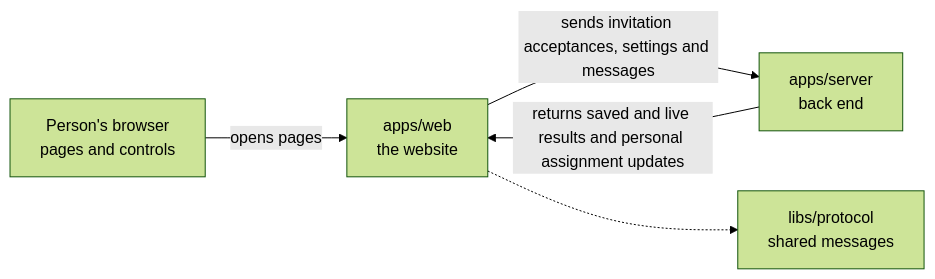
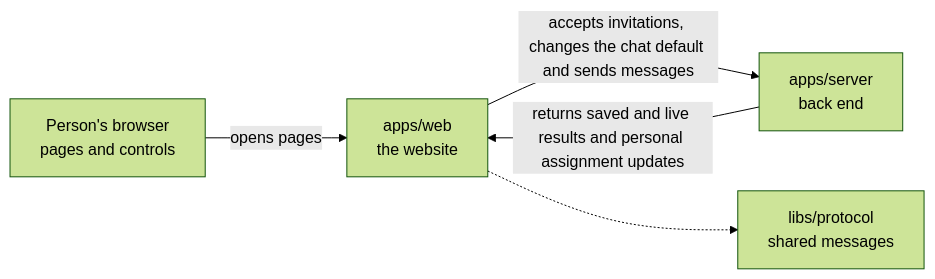
Before and after one commit to elewa-git/opencrane-new: the diagram in apps/web/README.md, drawn with Mermaid (forest theme). The commit also changed other lines of this file and 42 other files, not shown here.

First line of the commit message:
🐛 Let admins choose the chat default on any ready connection (#1192)

````diff
--- a/apps/web/README.md
+++ b/apps/web/README.md
@@ -17,7 +17,7 @@
 ```mermaid
 flowchart LR
   browser["Person's browser<br/>pages and controls"] -->|opens pages| web["apps/web<br/>the website"]
-  web -->|sends invitation acceptances, settings and messages| server["apps/server<br/>back end"]
+  web -->|accepts invitations, changes the chat default and sends messages| server["apps/server<br/>back end"]
   server -->|returns saved and live results and personal assignment updates| web
   web -.-> protocol["libs/protocol<br/>shared messages"]
 ```
````
